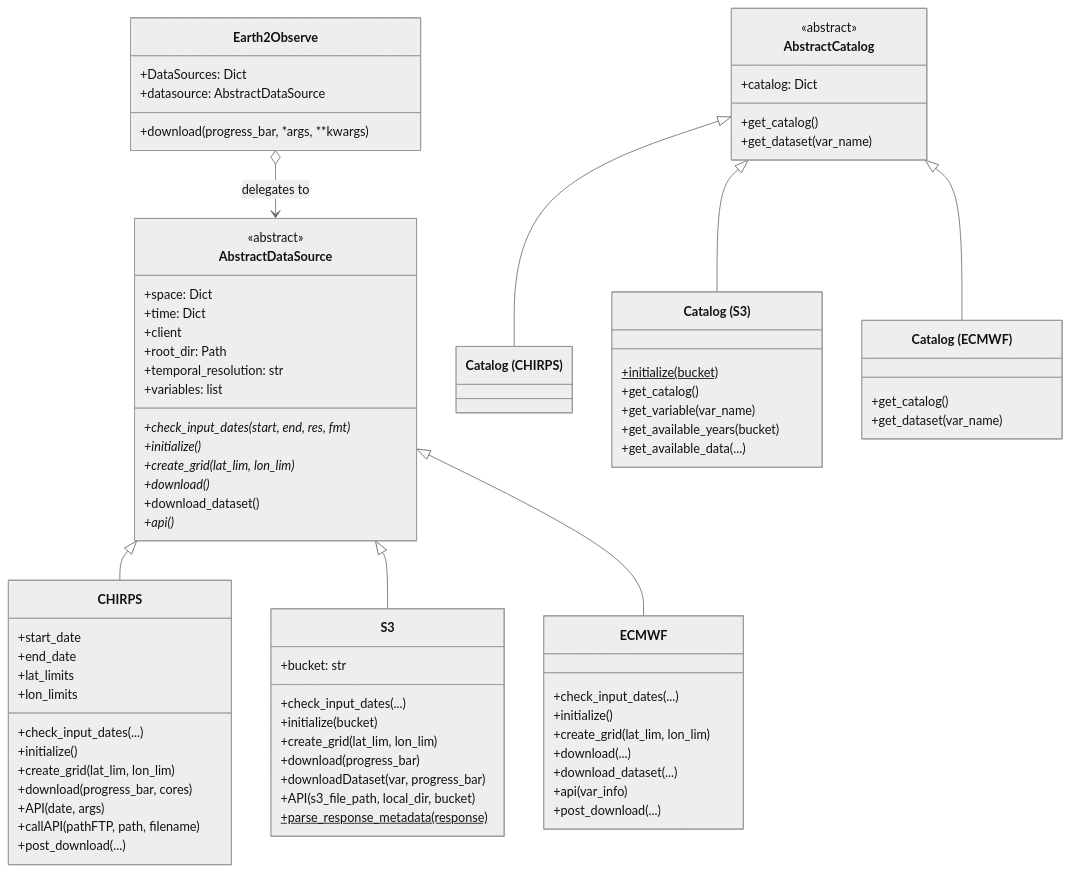
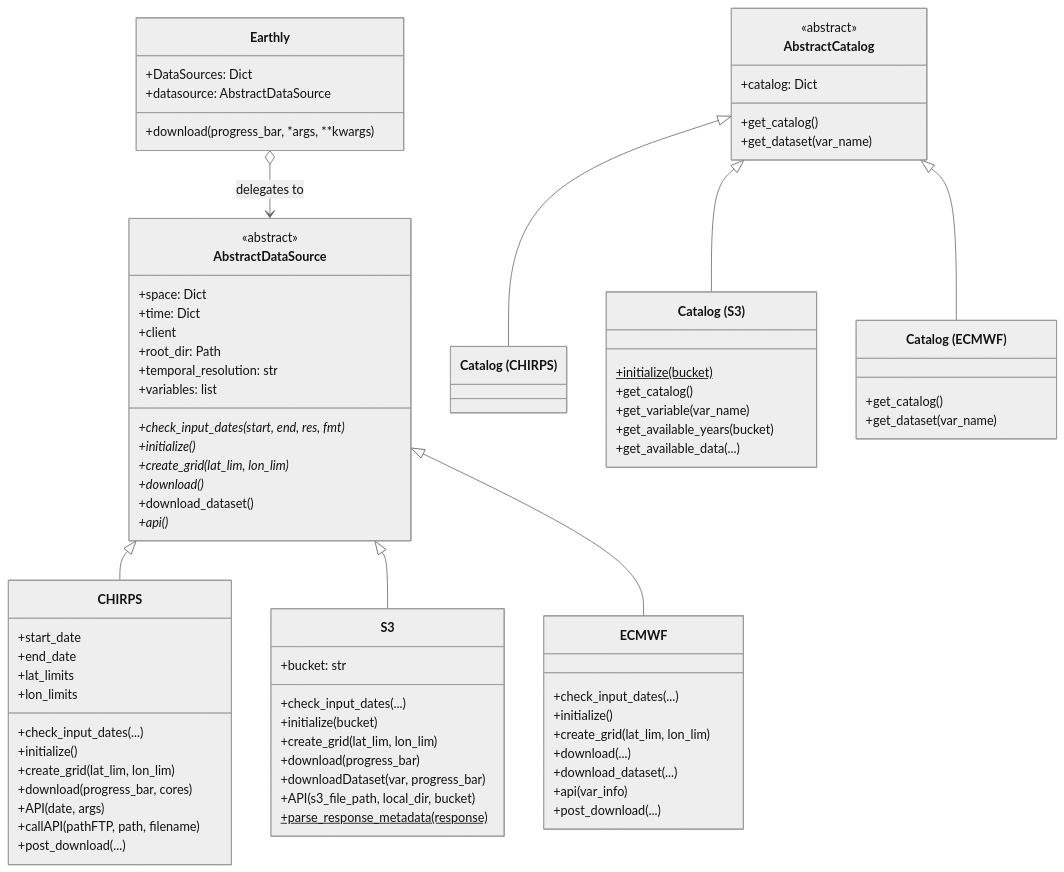
One commit to serapeum-org/earthly changed the second of 5 diagrams in docs/overview/architecture.md. Above: the diagram before and after it, drawn with Mermaid (neutral theme). The commit also changed other lines of this file and 70 other files, not shown here.

```diff
--- a/docs/overview/architecture.md
+++ b/docs/overview/architecture.md
@@ -85,7 +85,7 @@
         +post_download(...)
     }
 
-    class Earth2Observe {
+    class Earthly {
         +DataSources: Dict
         +datasource: AbstractDataSource
         +download(progress_bar, *args, **kwargs)
@@ -94,7 +94,7 @@
     AbstractDataSource <|-- CHIRPS
     AbstractDataSource <|-- S3
     AbstractDataSource <|-- ECMWF
-    Earth2Observe o--> AbstractDataSource : delegates to
+    Earthly o--> AbstractDataSource : delegates to
     AbstractCatalog <|-- CHIRPS_Catalog
     AbstractCatalog <|-- S3_Catalog
     AbstractCatalog <|-- ECMWF_Catalog
```
